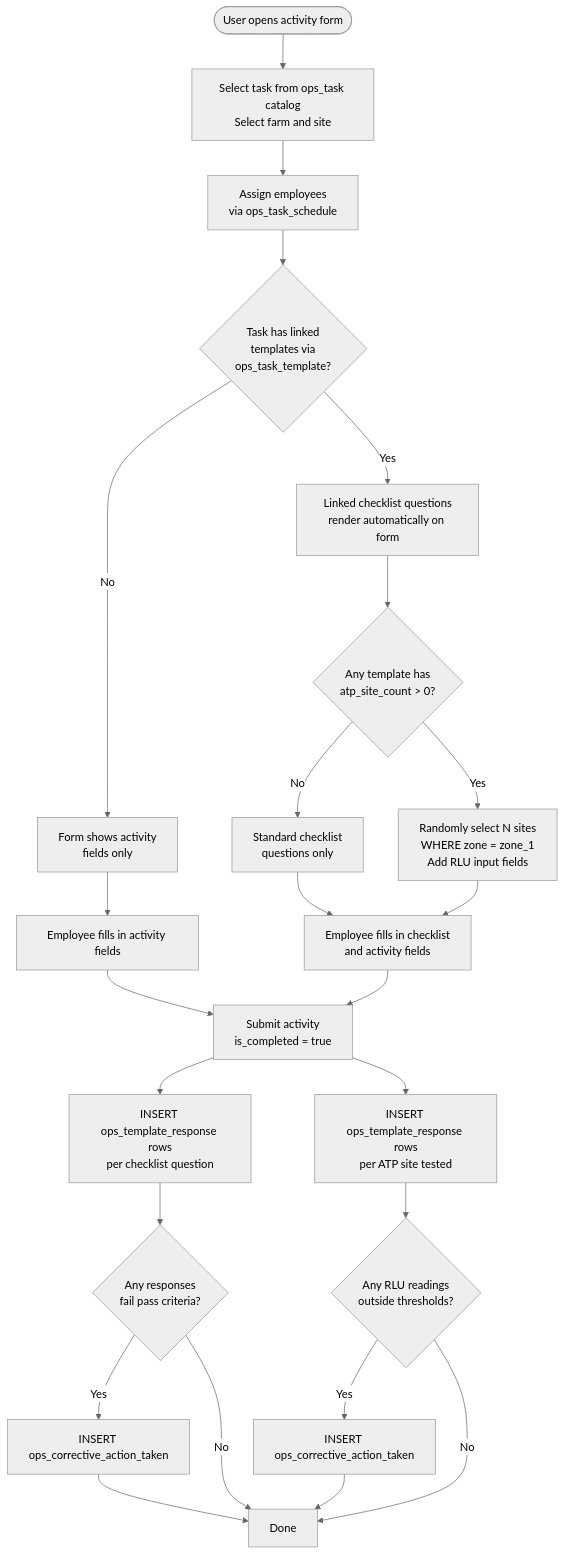
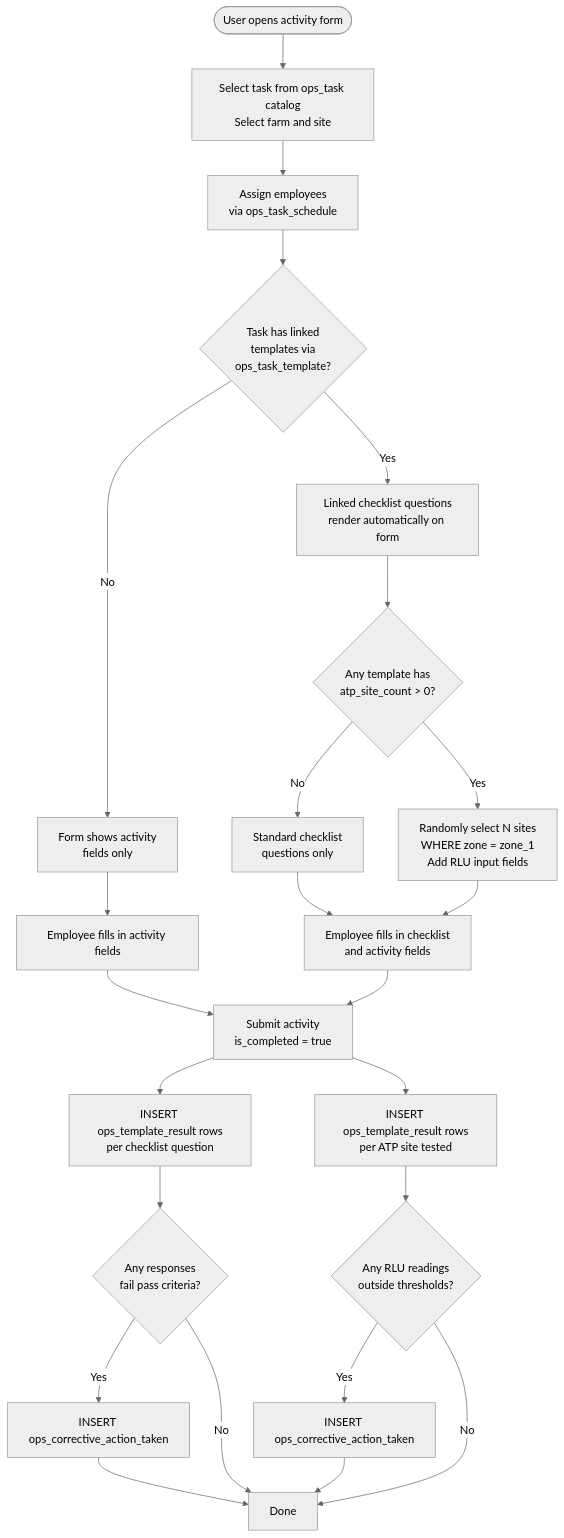
Before and after one commit to Hawaii-Farming/aloha-app: the diagram in docs/processes/20260327_09_ops_template_workflow.md, drawn with Mermaid (neutral theme). The commit also changed other lines of this file and 55 other files, not shown here.

First line of the commit message:
Rename ops_template_response → ops_template_result, add include_photo and photo table

````diff
--- a/docs/processes/20260327_09_ops_template_workflow.md
+++ b/docs/processes/20260327_09_ops_template_workflow.md
@@ -117,34 +117,34 @@
 ```mermaid
 flowchart TD
     A([User opens activity form]) --> B[Select task from ops_task catalog\nSelect farm and site]
 
     B --> B1[Assign employees\nvia ops_task_schedule]
 
     B1 --> C{Task has linked\ntemplates via\nops_task_template?}
     C -- No --> D[Form shows activity\nfields only]
     C -- Yes --> E[Linked checklist questions\nrender automatically on form]
 
     E --> F{Any template has\natp_site_count > 0?}
     F -- No --> G[Standard checklist\nquestions only]
     F -- Yes --> H[Randomly select N sites\nWHERE zone = zone_1\nAdd RLU input fields]
 
     G --> I[Employee fills in checklist\nand activity fields]
     H --> I
     D --> J[Employee fills in activity fields]
 
     I --> K[Submit activity\nis_completed = true]
     J --> K
 
-    K --> L[INSERT ops_template_response rows\nper checklist question]
-    K --> M[INSERT ops_template_response rows\nper ATP site tested]
+    K --> L[INSERT ops_template_result rows\nper checklist question]
+    K --> M[INSERT ops_template_result rows\nper ATP site tested]
 
     L --> N{Any responses\nfail pass criteria?}
     M --> O{Any RLU readings\noutside thresholds?}
 
     N -- Yes --> P[INSERT ops_corrective_action_taken]
     O -- Yes --> Q[INSERT ops_corrective_action_taken]
     N -- No --> R[Done]
     O -- No --> R
     P --> R
     Q --> R
 ```
````
